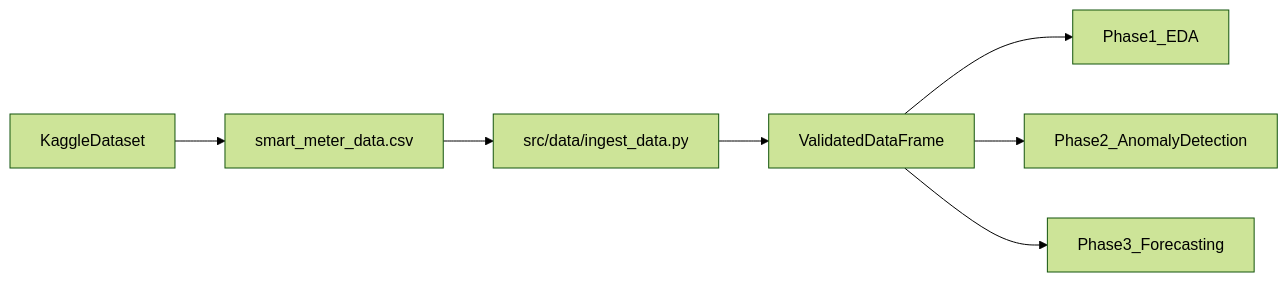
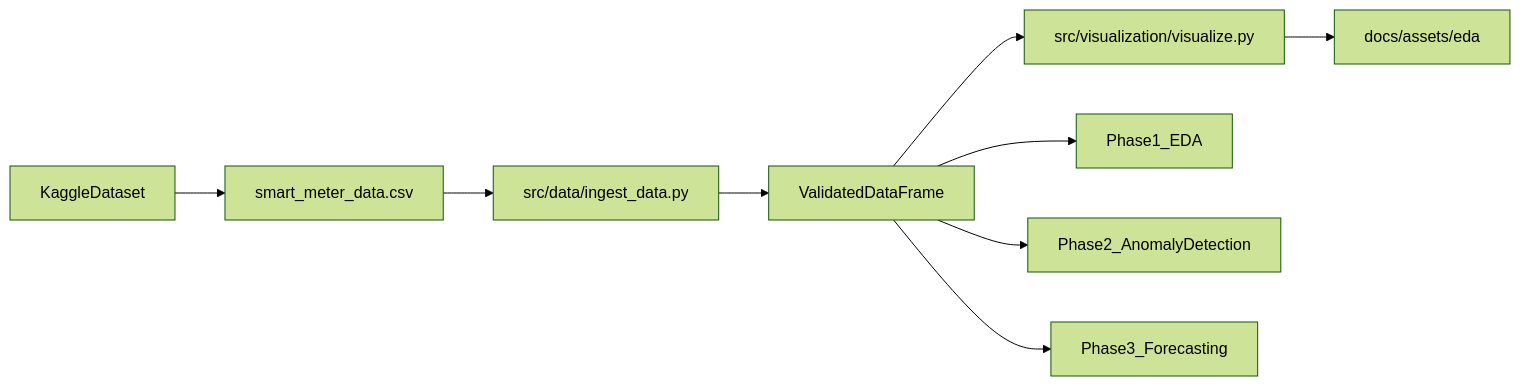
One commit to mj-weshh/energy-anomaly-forecasting changed the first of 2 diagrams in docs/architecture.md. Above: the diagram before and after it, drawn with Mermaid (forest theme). The commit also changed other lines of this file and 12 other files, not shown here.

````diff
--- a/docs/architecture.md
+++ b/docs/architecture.md
@@ -9,9 +9,11 @@
 ```mermaid
 flowchart LR
     kaggle[KaggleDataset] --> rawCsv[smart_meter_data.csv]
     rawCsv --> ingest[src/data/ingest_data.py]
     ingest --> validatedDF[ValidatedDataFrame]
+    validatedDF --> visualize[src/visualization/visualize.py]
     validatedDF --> eda[Phase1_EDA]
     validatedDF --> anomaly[Phase2_AnomalyDetection]
     validatedDF --> forecast[Phase3_Forecasting]
+    visualize --> docAssets[docs/assets/eda]
 ```
````
